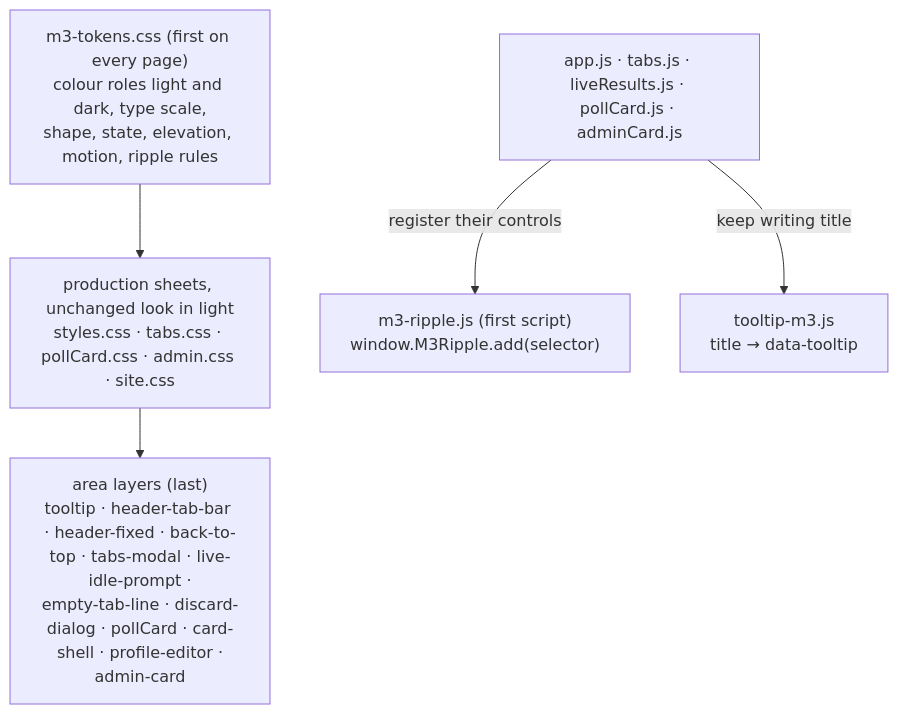
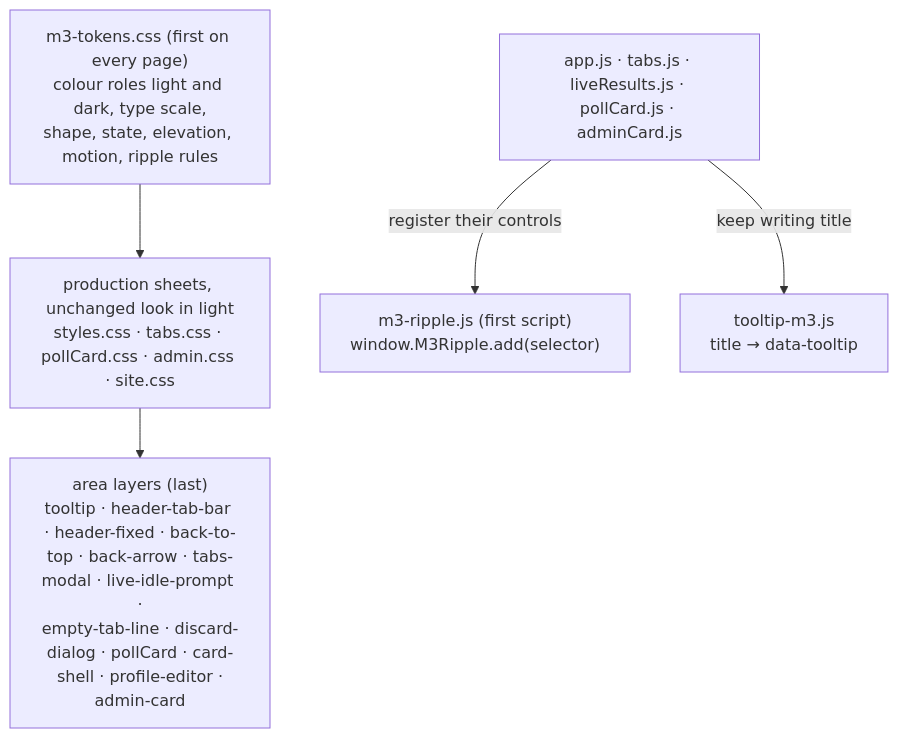
The tenth of 16 diagrams in ARCHITECTURE.md (roadraceresults/crowdpoll), drawn with Mermaid before and after one commit. The commit also changed other lines of this file and 22 other files, not shown here.

First line of the commit message:
Legal page updates: Bot and AI Agent Detection, a Back arrow, a centred Up arrow

````diff
--- a/ARCHITECTURE.md
+++ b/ARCHITECTURE.md
@@ -715,12 +715,12 @@
 ```mermaid
 flowchart TB
   tokens["m3-tokens.css (first on every page)<br/>colour roles light and dark, type scale,<br/>shape, state, elevation, motion, ripple rules"]
   prod["production sheets, unchanged look in light<br/>styles.css · tabs.css · pollCard.css · admin.css · site.css"]
-  layers["area layers (last)<br/>tooltip · header-tab-bar · header-fixed · back-to-top · tabs-modal · live-idle-prompt ·<br/>empty-tab-line · discard-dialog · pollCard · card-shell · profile-editor ·<br/>admin-card"]
+  layers["area layers (last)<br/>tooltip · header-tab-bar · header-fixed · back-to-top · back-arrow · tabs-modal · live-idle-prompt ·<br/>empty-tab-line · discard-dialog · pollCard · card-shell · profile-editor ·<br/>admin-card"]
   ripple["m3-ripple.js (first script)<br/>window.M3Ripple.add(selector)"]
   tooltip["tooltip-m3.js<br/>title → data-tooltip"]
   scripts["app.js · tabs.js · liveResults.js · pollCard.js · adminCard.js"]
   tokens --> prod --> layers
   scripts -- "register their controls" --> ripple
   scripts -- "keep writing title" --> tooltip
 ```
````
